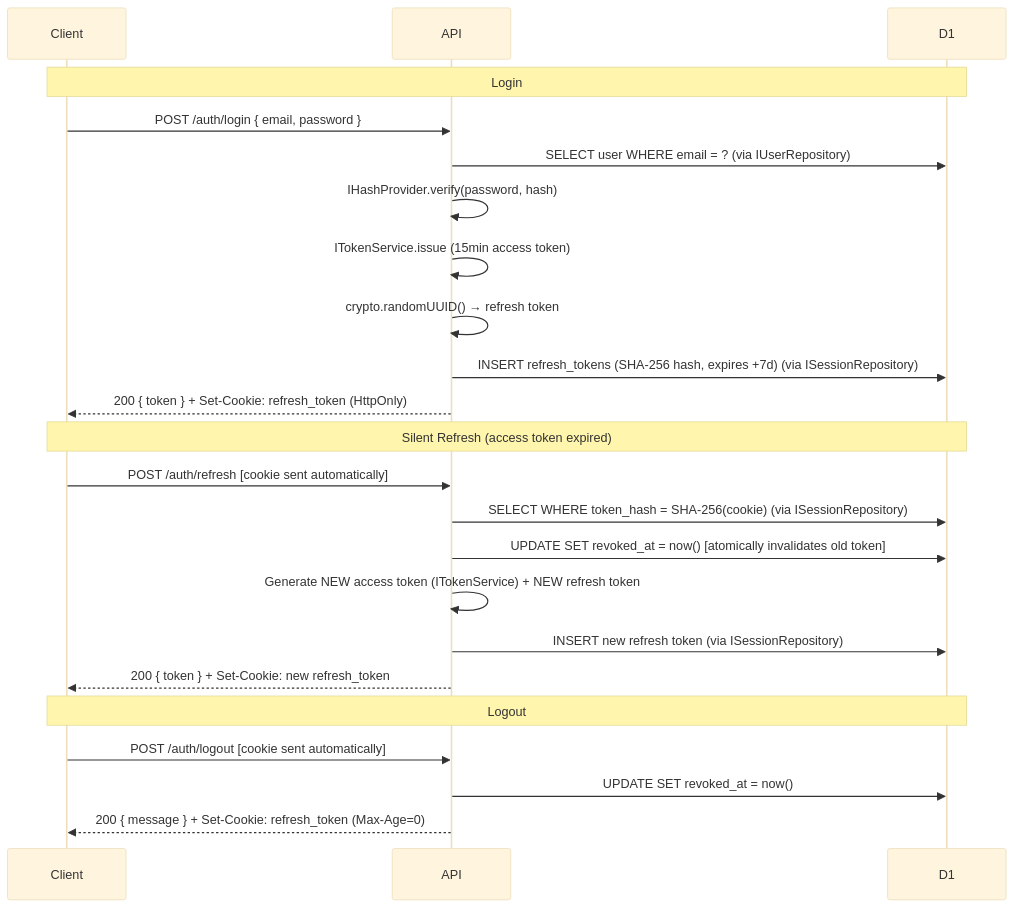
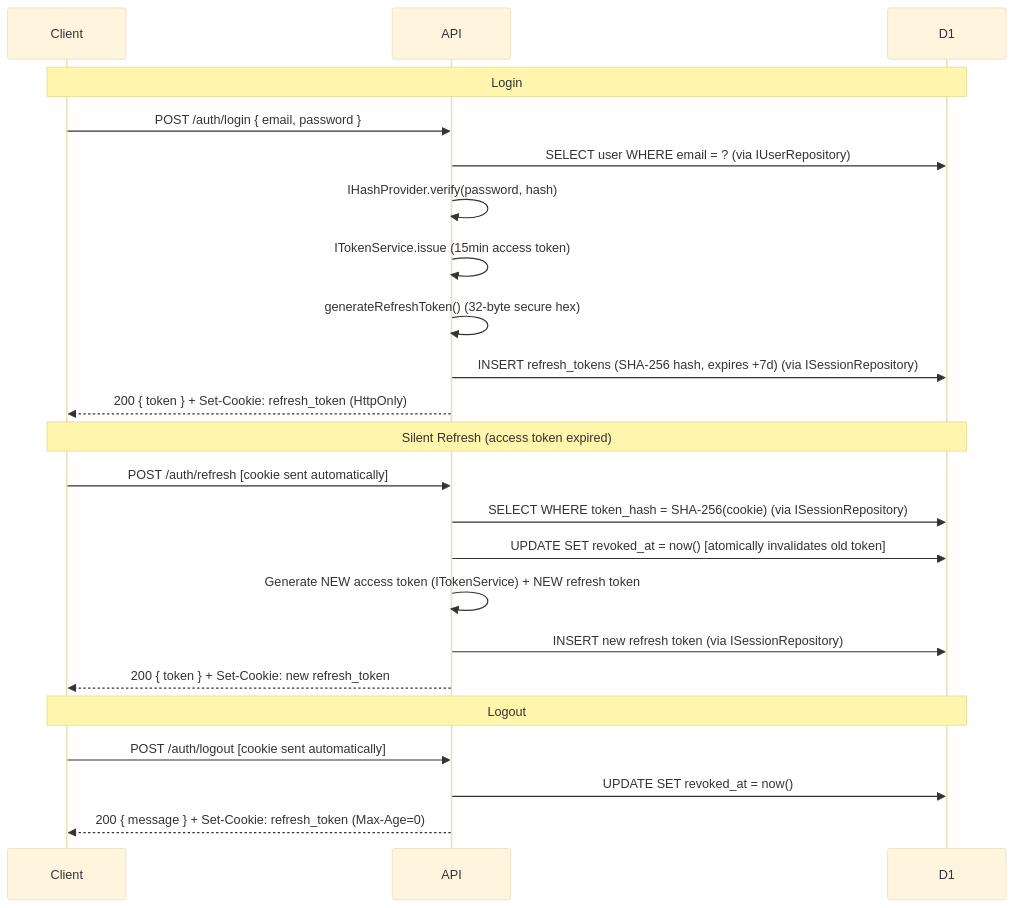
One commit to fdemusso/BeechCMS changed the diagram in docs/api-reference.md. Above: the diagram before and after it, drawn with Mermaid (base theme). The commit also changed other lines of this file, not shown here.

Commit message:
docs(api): align auth references and token claims in api-reference.md

````diff
--- a/docs/api-reference.md
+++ b/docs/api-reference.md
@@ -62,28 +66,28 @@
 ```mermaid
 sequenceDiagram
     participant Client
     participant API
     participant D1
 
     Note over Client,D1: Login
     Client->>API: POST /auth/login { email, password }
     API->>D1: SELECT user WHERE email = ? (via IUserRepository)
     API->>API: IHashProvider.verify(password, hash)
     API->>API: ITokenService.issue (15min access token)
-    API->>API: crypto.randomUUID() → refresh token
+    API->>API: generateRefreshToken() (32-byte secure hex)
     API->>D1: INSERT refresh_tokens (SHA-256 hash, expires +7d) (via ISessionRepository)
     API-->>Client: 200 { token } + Set-Cookie: refresh_token (HttpOnly)
 
     Note over Client,D1: Silent Refresh (access token expired)
     Client->>API: POST /auth/refresh [cookie sent automatically]
     API->>D1: SELECT WHERE token_hash = SHA-256(cookie) (via ISessionRepository)
     API->>D1: UPDATE SET revoked_at = now() [atomically invalidates old token]
     API->>API: Generate NEW access token (ITokenService) + NEW refresh token
     API->>D1: INSERT new refresh token (via ISessionRepository)
     API-->>Client: 200 { token } + Set-Cookie: new refresh_token
 
     Note over Client,D1: Logout
     Client->>API: POST /auth/logout [cookie sent automatically]
     API->>D1: UPDATE SET revoked_at = now()
     API-->>Client: 200 { message } + Set-Cookie: refresh_token (Max-Age=0)
 ```
````
